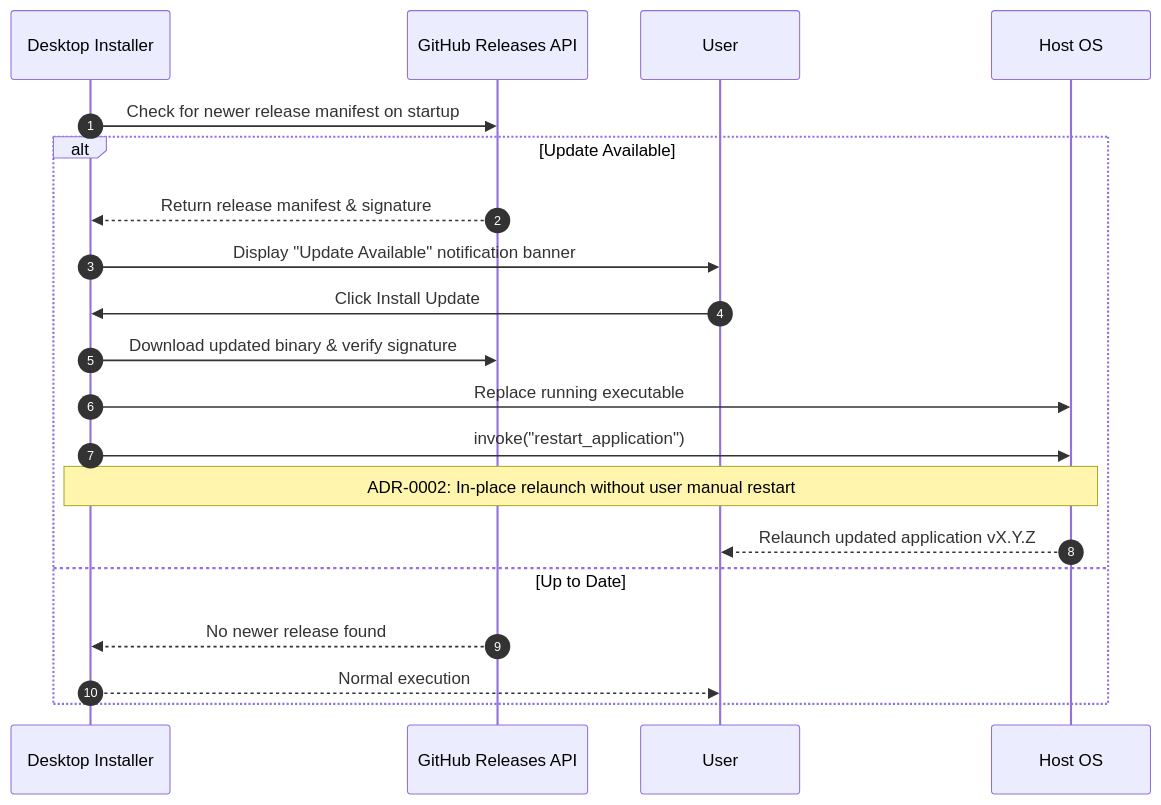
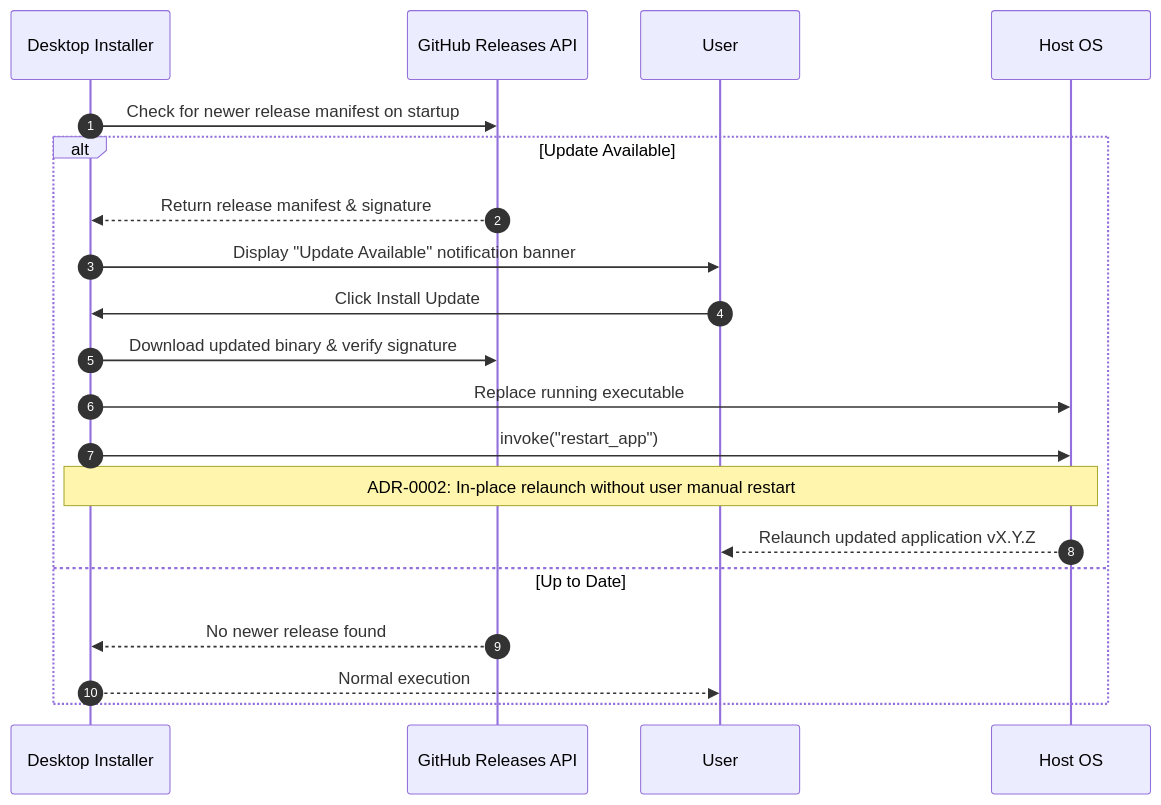
The second of 2 diagrams in docs/operations/packaging.md (ADORSYS-GIS/wazuh-agent-installer), drawn with Mermaid before and after one commit. The commit also changed other lines of this file, not shown here.

Commit message:
docs(packaging): update IPC command name to restart_app

````diff
--- a/docs/operations/packaging.md
+++ b/docs/operations/packaging.md
@@ -69,23 +69,23 @@
 ```mermaid
 sequenceDiagram
     autonumber
     participant App as Desktop Installer
     participant GitHub as GitHub Releases API
     participant User as User
     participant OS as Host OS
 
     App->>GitHub: Check for newer release manifest on startup
     alt Update Available
         GitHub-->>App: Return release manifest & signature
         App->>User: Display "Update Available" notification banner
         User->>App: Click Install Update
         App->>GitHub: Download updated binary & verify signature
         App->>OS: Replace running executable
-        App->>OS: invoke("restart_application")
+        App->>OS: invoke("restart_app")
         Note over App,OS: ADR-0002: In-place relaunch without user manual restart
         OS-->>User: Relaunch updated application vX.Y.Z
     else Up to Date
         GitHub-->>App: No newer release found
         App-->>User: Normal execution
     end
 ```
````
